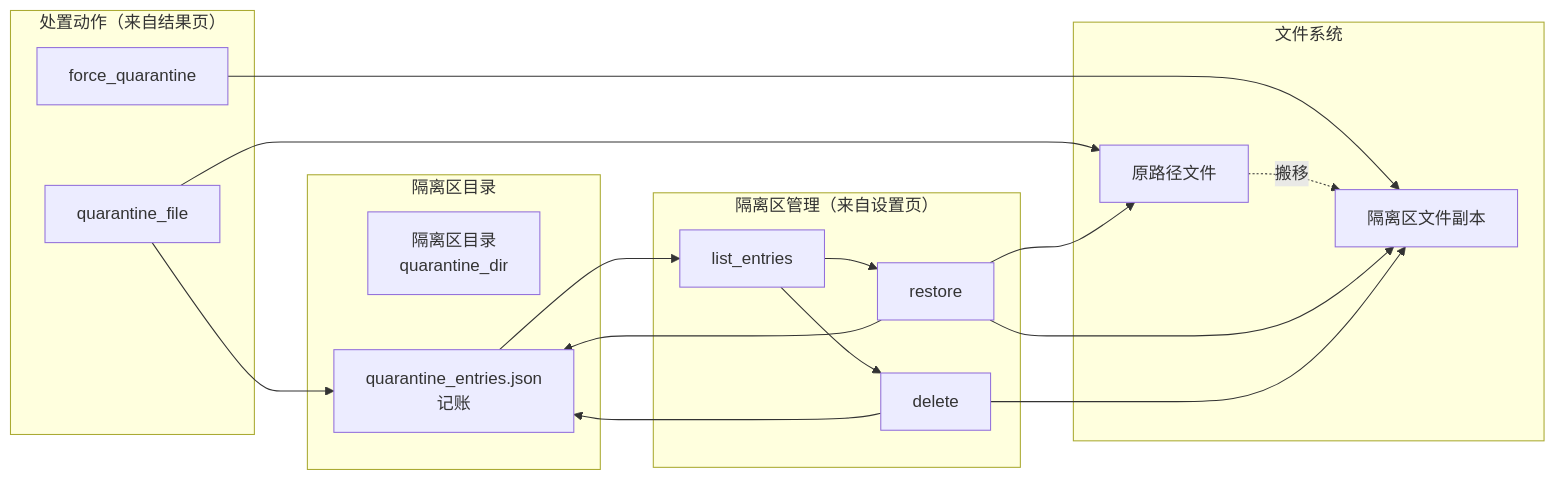
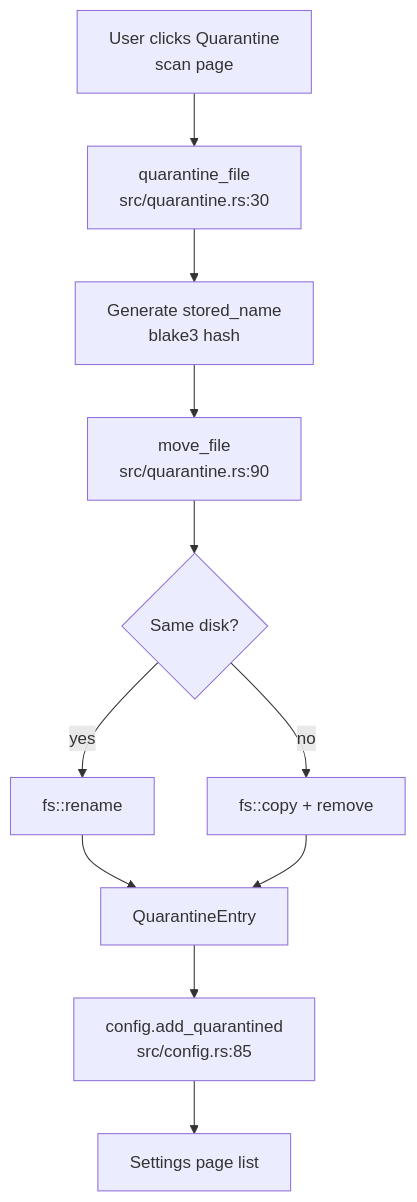
The diagram in .terrain/human/4.Deep-Exploration/quarantine.md (sopaco/CLV3000), drawn with Mermaid before and after one commit. The commit also changed other lines of this file and 14 other files, not shown here.

````diff
--- a/.terrain/human/4.Deep-Exploration/quarantine.md
+++ b/.terrain/human/4.Deep-Exploration/quarantine.md
@@ -25,33 +46,13 @@
 ```mermaid
-flowchart LR
-    subgraph action["处置动作（来自结果页）"]
-        q["quarantine_file"]
-        f["force_quarantine"]
-    end
-    subgraph store["隔离区目录"]
-        dir["隔离区目录<br/>quarantine_dir"]
-        meta["quarantine_entries.json<br/>记账"]
-    end
-    subgraph manage["隔离区管理（来自设置页）"]
-        list["list_entries"]
-        r["restore"]
-        d["delete"]
-    end
-    subgraph external0["文件系统"]
-        orig["原路径文件"]
-        dest["隔离区文件副本"]
-    end
-
-    q --> orig
-    q --> meta
-    f --> dest
-    orig -. 搬移 .-> dest
-    meta --> list
-    list --> r
-    list --> d
-    r --> dest
-    r --> meta
-    r --> orig
-    d --> dest
-    d --> meta
+flowchart TD
+    A["User clicks Quarantine<br/>scan page"] --> B["quarantine_file<br/>src/quarantine.rs:30"]
+    B --> C["Generate stored_name<br/>blake3 hash"]
+    C --> D["move_file<br/>src/quarantine.rs:90"]
+    D --> E{"Same disk?"}
+    E -->|yes| F["fs::rename"]
+    E -->|no| G["fs::copy + remove"]
+    F --> H["QuarantineEntry"]
+    G --> H
+    H --> I["config.add_quarantined<br/>src/config.rs:85"]
+    I --> J["Settings page list"]
 ```
````
